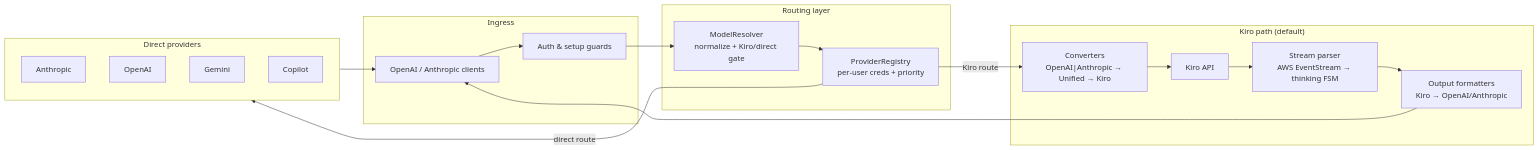
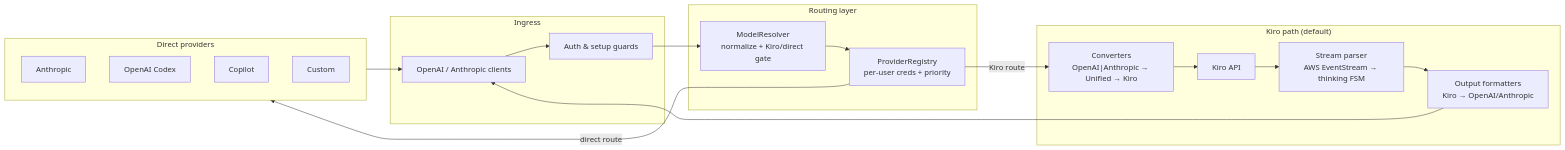
The diagram in gh-pages/docs/architecture/converter-routing-summary.md (if414013/harbangan), drawn with Mermaid before and after one commit. The commit also changed 8 other files, not shown here.

````diff
--- a/gh-pages/docs/architecture/converter-routing-summary.md
+++ b/gh-pages/docs/architecture/converter-routing-summary.md
@@ -7,32 +7,32 @@
 ```mermaid
 flowchart LR
     subgraph Ingress["Ingress"]
         Client["OpenAI / Anthropic clients"]
         Auth["Auth & setup guards"]
     end
 
     subgraph Routing["Routing layer"]
         ModelRes["ModelResolver\nnormalize + Kiro/direct gate"]
         ProvReg["ProviderRegistry\nper-user creds + priority"]
     end
 
     subgraph Direct["Direct providers"]
         AnthroP["Anthropic"]
-        OaiP["OpenAI"]
-        GeminiP["Gemini"]
+        OaiP["OpenAI Codex"]
         CopilotP["Copilot"]
+        CustomP["Custom"]
     end
 
     subgraph KiroPath["Kiro path (default)"]
         Conv["Converters\nOpenAI|Anthropic → Unified → Kiro"]
         KiroAPI["Kiro API"]
         Stream["Stream parser\nAWS EventStream → thinking FSM"]
         OutFmt["Output formatters\nKiro → OpenAI/Anthropic"]
     end
 
     Client --> Auth --> ModelRes --> ProvReg
     ProvReg -->|direct route| Direct
     ProvReg -->|Kiro route| Conv --> KiroAPI --> Stream --> OutFmt
     Direct --> Client
     OutFmt --> Client
 ```
````
